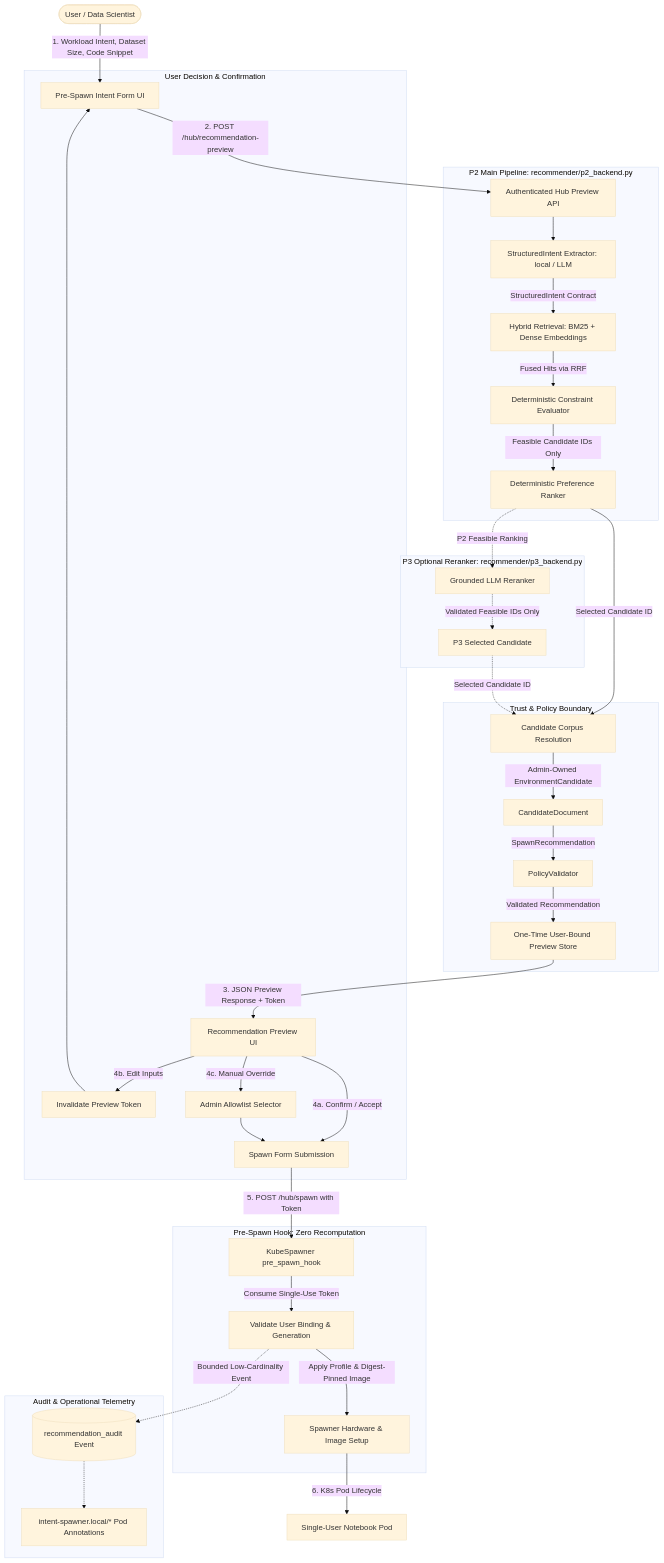
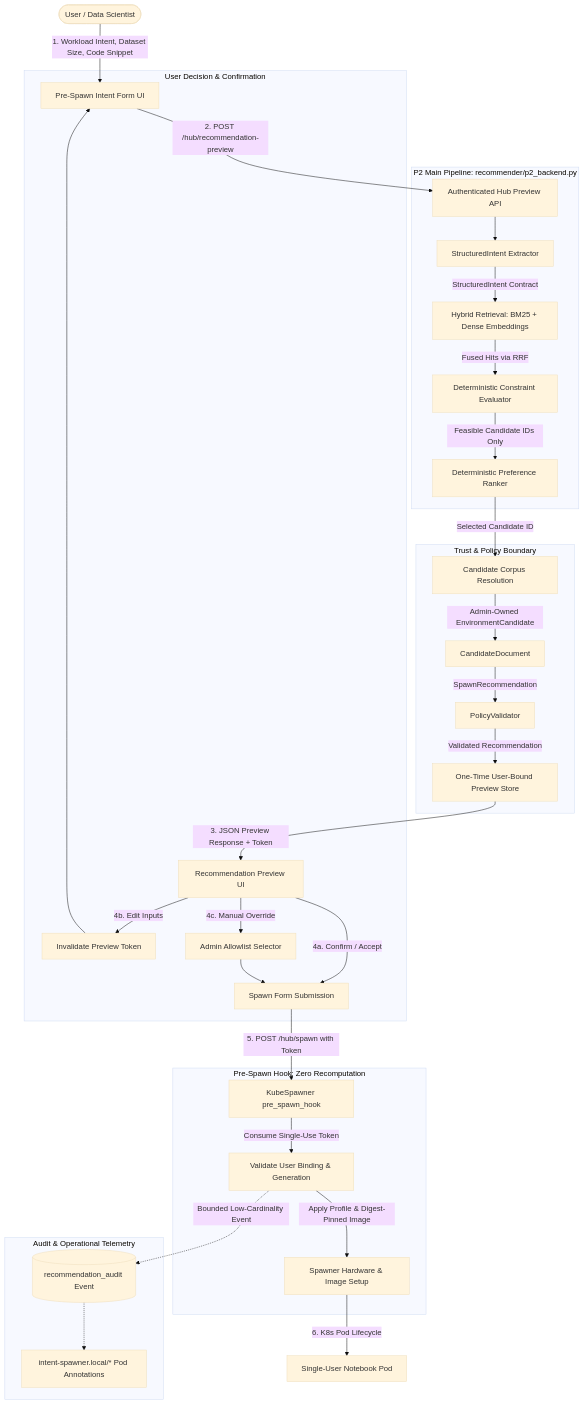
One commit to mthang1201/intent-spawner changed the diagram in docs/ARCHITECTURE.md. Above: the diagram before and after it, drawn with Mermaid (base theme). The commit also changed other lines of this file and 2 other files, not shown here.

````diff
--- a/docs/ARCHITECTURE.md
+++ b/docs/ARCHITECTURE.md
@@ -31,49 +23,43 @@
 ```mermaid
 flowchart TD
     User([User / Data Scientist]) -->|1. Workload Intent, Dataset Size, Code Snippet| Form[Pre-Spawn Intent Form UI]
     Form -->|2. POST /hub/recommendation-preview| HubAPI[Authenticated Hub Preview API]
 
     subgraph P2_Pipeline [P2 Main Pipeline: recommender/p2_backend.py]
-        HubAPI --> Extractor[StructuredIntent Extractor: local / LLM]
+        HubAPI --> Extractor[StructuredIntent Extractor]
         Extractor -->|StructuredIntent Contract| Retrieval[Hybrid Retrieval: BM25 + Dense Embeddings]
         Retrieval -->|Fused Hits via RRF| Evaluator[Deterministic Constraint Evaluator]
         Evaluator -->|Feasible Candidate IDs Only| P2Ranker[Deterministic Preference Ranker]
     end
 
-    subgraph P3_Extension [P3 Optional Reranker: recommender/p3_backend.py]
-        P2Ranker -.->|P2 Feasible Ranking| P3Reranker[Grounded LLM Reranker]
-        P3Reranker -.->|Validated Feasible IDs Only| P3Selector[P3 Selected Candidate]
-    end
-
     P2Ranker -->|Selected Candidate ID| CorpusResolve[Candidate Corpus Resolution]
-    P3Selector -.->|Selected Candidate ID| CorpusResolve
     
     subgraph Trust_Boundary [Trust & Policy Boundary]
         CorpusResolve -->|Admin-Owned EnvironmentCandidate| CandidateDoc[CandidateDocument]
         CandidateDoc -->|SpawnRecommendation| PolicyVal[PolicyValidator]
         PolicyVal -->|Validated Recommendation| PreviewStore[One-Time User-Bound Preview Store]
     end
     
     PreviewStore -->|3. JSON Preview Response + Token| PreviewUI[Recommendation Preview UI]
     
     subgraph Confirmation_Flow [User Decision & Confirmation]
         PreviewUI -->|4a. Confirm / Accept| FormConfirm[Spawn Form Submission]
         PreviewUI -->|4b. Edit Inputs| InvalidateToken[Invalidate Preview Token]
         InvalidateToken --> Form
         PreviewUI -->|4c. Manual Override| OverrideSelector[Admin Allowlist Selector]
         OverrideSelector --> FormConfirm
     end
     
     subgraph Pre_Spawn_Execution [Pre-Spawn Hook: Zero Recomputation]
         FormConfirm -->|5. POST /hub/spawn with Token| PreSpawnHook[KubeSpawner pre_spawn_hook]
         PreSpawnHook -->|Consume Single-Use Token| ValidateBinding[Validate User Binding & Generation]
         ValidateBinding -->|Apply Profile & Digest-Pinned Image| SpawnerConfig[Spawner Hardware & Image Setup]
     end
     
     SpawnerConfig -->|6. K8s Pod Lifecycle| K8sPod[Single-User Notebook Pod]
     
     subgraph Audit_Telemetry [Audit & Operational Telemetry]
         ValidateBinding -.->|Bounded Low-Cardinality Event| AuditLog[(recommendation_audit Event)]
         AuditLog -.-> PodAnnotations[intent-spawner.local/* Pod Annotations]
     end
 ```
````
